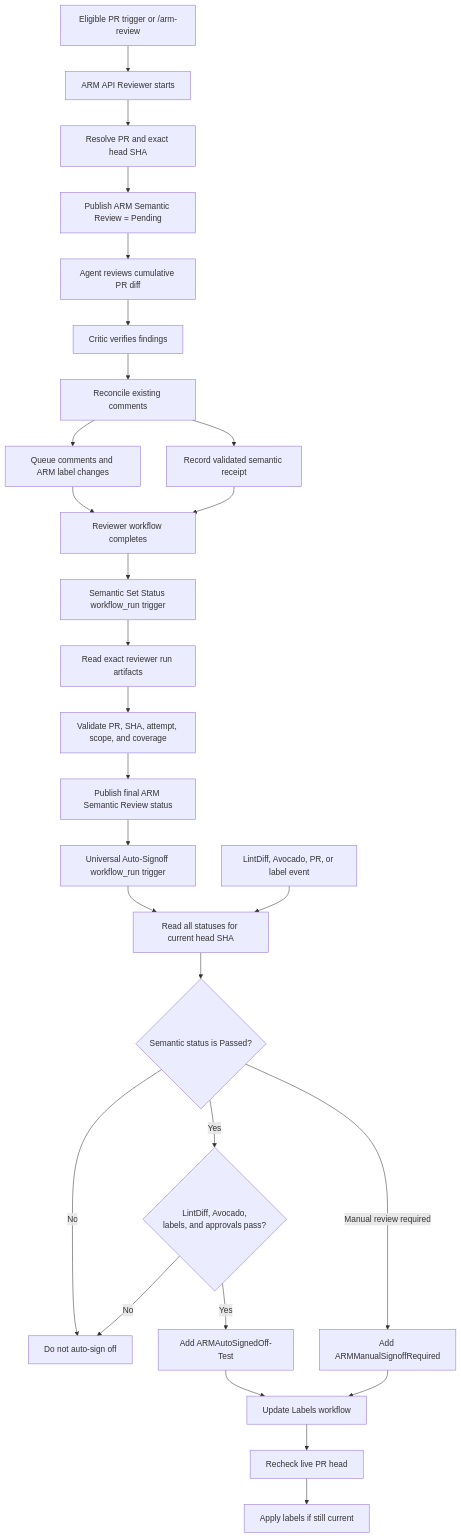
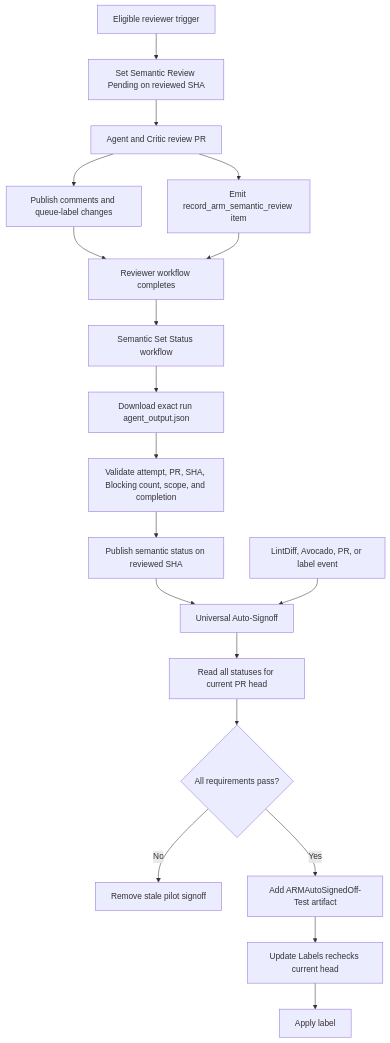
One commit to Azure/azure-rest-api-specs changed the diagram in documentation/arm-semantic-review-auto-signoff-implementation.md. Above: the diagram before and after it, drawn with Mermaid. The commit also changed other lines of this file and 11 other files, not shown here.

````diff
--- a/documentation/arm-semantic-review-auto-signoff-implementation.md
+++ b/documentation/arm-semantic-review-auto-signoff-implementation.md
@@ -173,35 +118,23 @@
 ```mermaid
 flowchart TD
-    A[Eligible PR trigger or /arm-review] --> B[ARM API Reviewer starts]
-    B --> C[Resolve PR and exact head SHA]
-    C --> D[Publish ARM Semantic Review = Pending]
-    D --> E[Agent reviews cumulative PR diff]
-    E --> F[Critic verifies findings]
-    F --> G[Reconcile existing comments]
-    G --> H[Queue comments and ARM label changes]
-    G --> I[Record validated semantic receipt]
+    A[Eligible reviewer trigger] --> B[Set Semantic Review Pending on reviewed SHA]
+    B --> C[Agent and Critic review PR]
+    C --> D[Publish comments and queue-label changes]
+    C --> E[Emit record_arm_semantic_review item]
+    D --> F[Reviewer workflow completes]
+    E --> F
 
-    H --> J[Reviewer workflow completes]
-    I --> J
+    F --> G[Semantic Set Status workflow]
+    G --> H[Download exact run agent_output.json]
+    H --> I[Validate attempt, PR, SHA, Blocking count, scope, and completion]
+    I --> J[Publish semantic status on reviewed SHA]
+    J --> K[Universal Auto-Signoff]
 
-    J --> K[Semantic Set Status workflow_run trigger]
-    K --> L[Read exact reviewer run artifacts]
-    L --> M[Validate PR, SHA, attempt, scope, and coverage]
-    M --> N[Publish final ARM Semantic Review status]
-
-    N --> O[Universal Auto-Signoff workflow_run trigger]
-    O --> P[Read all statuses for current head SHA]
-    Y[LintDiff, Avocado, PR, or label event] --> P
-
-    P --> Q{Semantic status is Passed?}
-    Q -- No --> R[Do not auto-sign off]
-    Q -- Manual review required --> S[Add ARMManualSignoffRequired]
-    Q -- Yes --> T{LintDiff, Avocado,\nlabels, and approvals pass?}
-    T -- No --> R
-    T -- Yes --> U[Add ARMAutoSignedOff-Test]
-
-    U --> V[Update Labels workflow]
-    S --> V
-    V --> W[Recheck live PR head]
-    W --> X[Apply labels if still current]
+    L[LintDiff, Avocado, PR, or label event] --> K
+    K --> M[Read all statuses for current PR head]
+    M --> N{All requirements pass?}
+    N -- No --> O[Remove stale pilot signoff]
+    N -- Yes --> P[Add ARMAutoSignedOff-Test artifact]
+    P --> Q[Update Labels rechecks current head]
+    Q --> R[Apply label]
 ```
````
